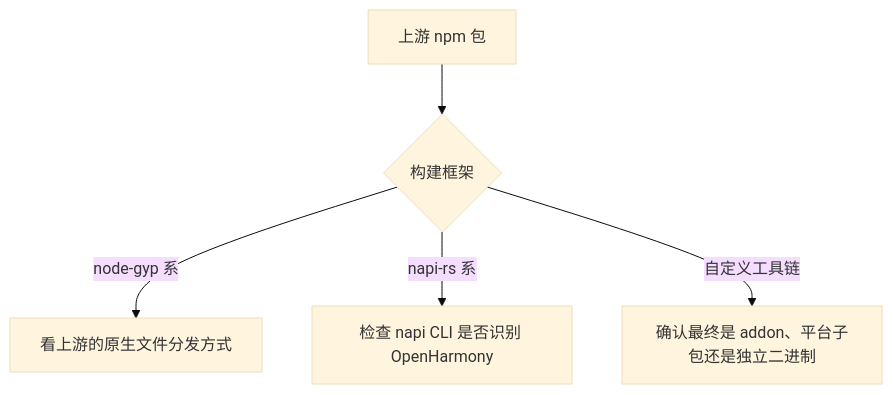
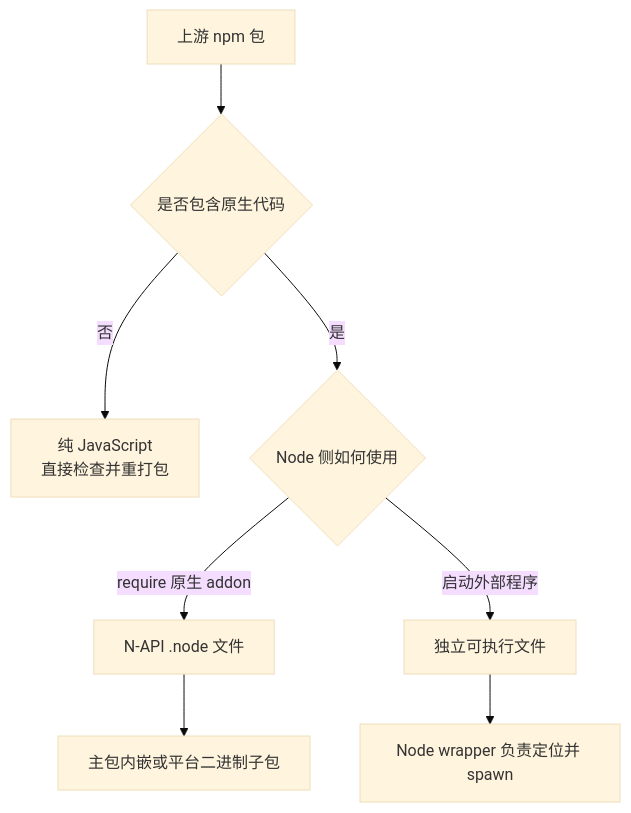
One commit to ohos-npm-ports/ohos-npm-ports changed the first of 3 diagrams in docs/zh-CN/contributor/build-frameworks.md. Above: the diagram before and after it, drawn with Mermaid (base theme). The commit also changed other lines of this file, not shown here.

````diff
--- a/docs/zh-CN/contributor/build-frameworks.md
+++ b/docs/zh-CN/contributor/build-frameworks.md
@@ -5,7 +7,10 @@
 ```mermaid
 flowchart TD
-    A[上游 npm 包] --> B{构建框架}
-    B -->|node-gyp 系| C[看上游的原生文件分发方式]
-    B -->|napi-rs 系| D[检查 napi CLI 是否识别 OpenHarmony]
-    B -->|自定义工具链| E[确认最终是 addon、平台子包还是独立二进制]
+    A[上游 npm 包] --> B{是否包含原生代码}
+    B -->|否| C[纯 JavaScript<br/>直接检查并重打包]
+    B -->|是| D{Node 侧如何使用}
+    D -->|require 原生 addon| E[N-API .node 文件]
+    D -->|启动外部程序| F[独立可执行文件]
+    E --> G[主包内嵌或平台二进制子包]
+    F --> H[Node wrapper 负责定位并 spawn]
 ```
````
